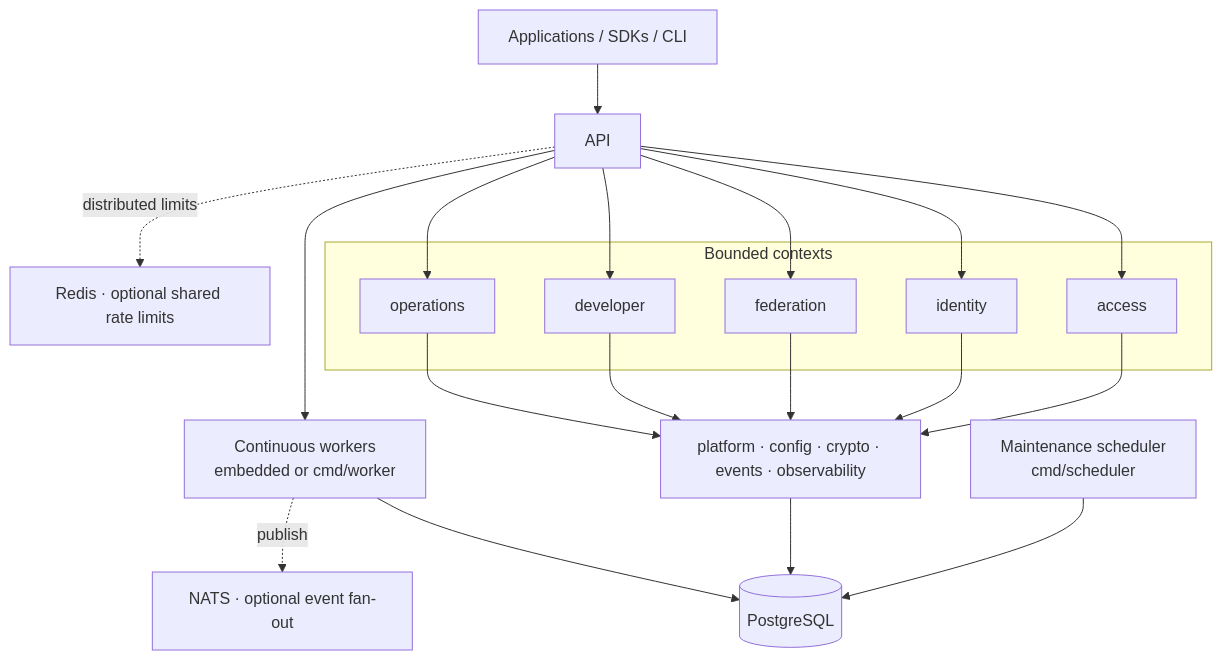
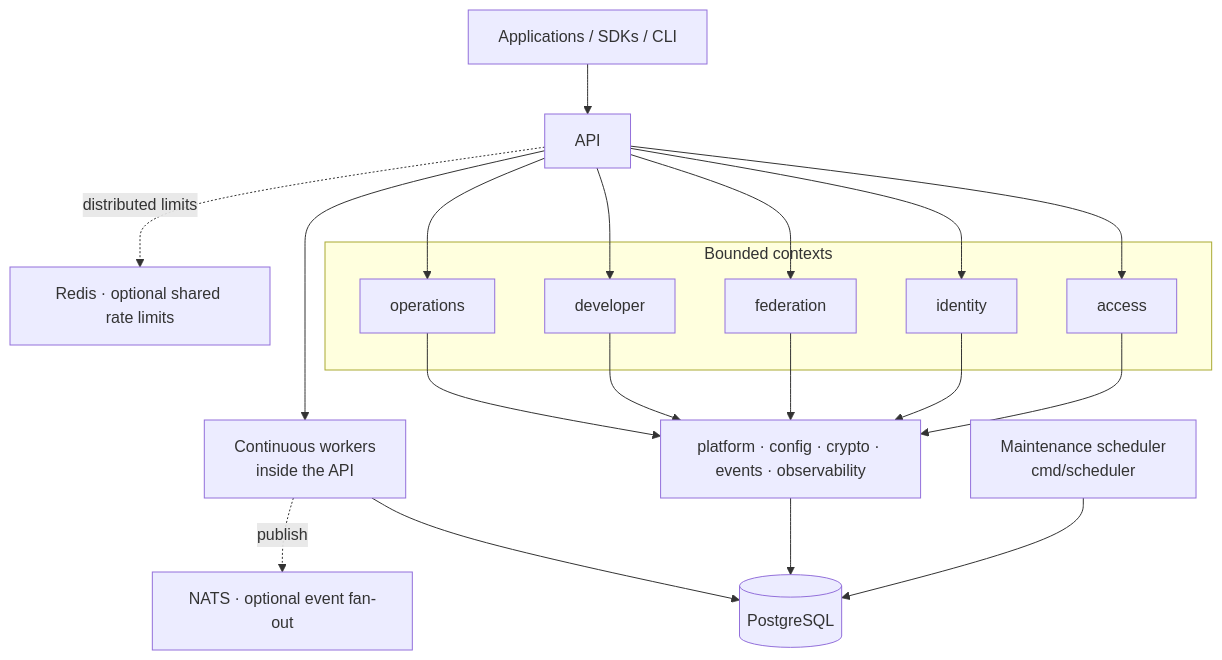
One commit to qeetgroup/qeet-id-server changed the diagram in README.md. Above: the diagram before and after it, drawn with Mermaid. The commit also changed other lines of this file and 2147 other files, not shown here.

````diff
--- a/README.md
+++ b/README.md
@@ -52,37 +52,37 @@
 ```mermaid
 flowchart TB
     Clients["Applications / SDKs / CLI"]
     API["API"]
 
     subgraph Domains["Bounded contexts"]
         Access["access"]
         Identity["identity"]
         Federation["federation"]
         Developer["developer"]
         Operations["operations"]
     end
 
     Platform["platform · config · crypto · events · observability"]
-    Workers["Continuous workers<br/>embedded or cmd/worker"]
+    Workers["Continuous workers<br/>inside the API"]
     Scheduler["Maintenance scheduler<br/>cmd/scheduler"]
     Postgres[(PostgreSQL)]
     NATS["NATS · optional event fan-out"]
     Redis["Redis · optional shared rate limits"]
 
     Clients --> API
     API --> Access
     API --> Identity
     API --> Federation
     API --> Developer
     API --> Operations
     Access --> Platform
     Identity --> Platform
     Federation --> Platform
     Developer --> Platform
     Operations --> Platform
     Platform --> Postgres
     API --> Workers --> Postgres
     Scheduler --> Postgres
     Workers -. publish .-> NATS
     API -. distributed limits .-> Redis
 ```
````
